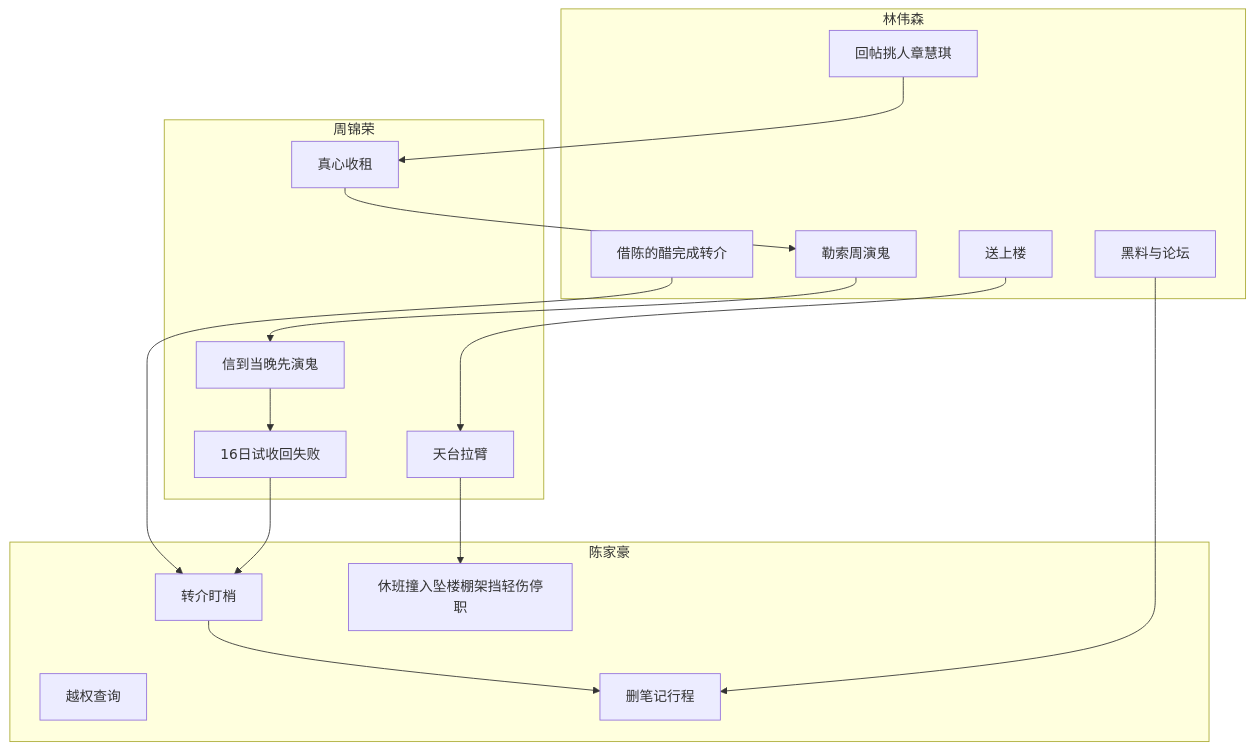
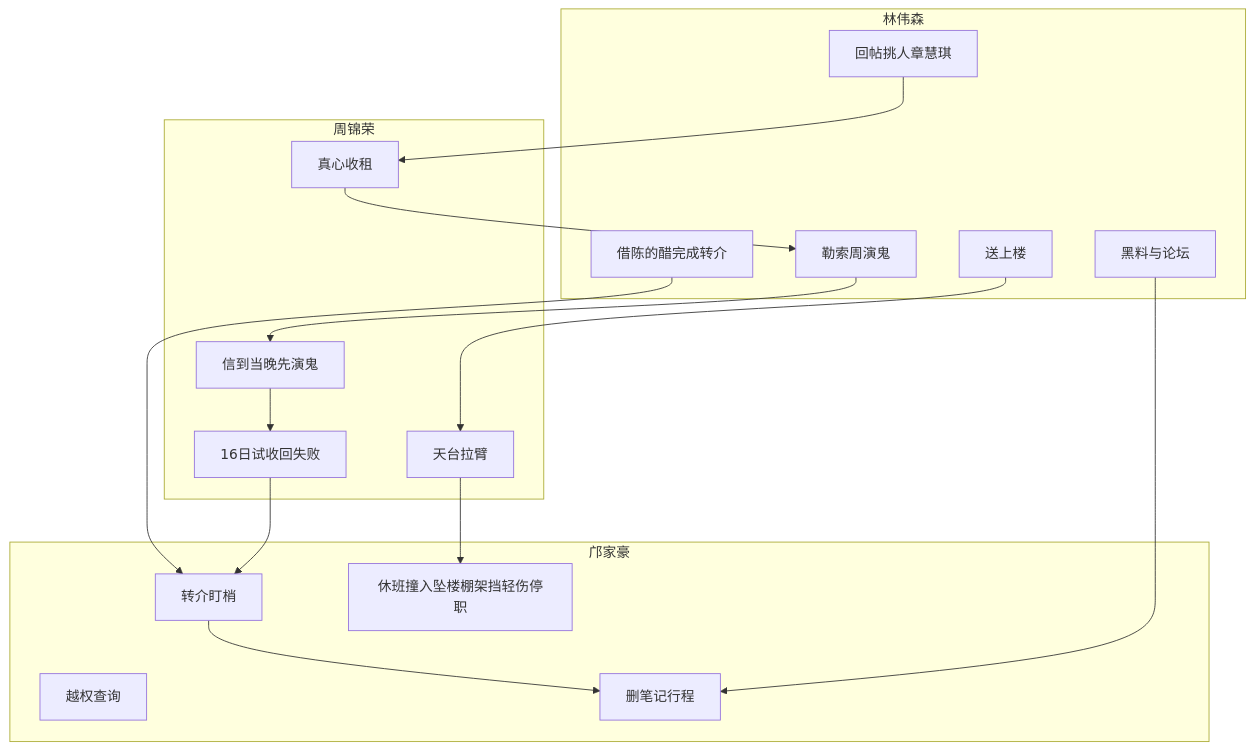
Before and after one commit to HSDCT1230/game_undo: the diagram in 策划/设定/07-时间线与因果.md, drawn with Mermaid. The commit also changed other lines of this file and 80 other files, not shown here.

First line of the commit message:
人物改名：陈家豪 → 邝家豪（与陈美娟同姓会被读成兄妹）

````diff
--- a/策划/设定/07-时间线与因果.md
+++ b/策划/设定/07-时间线与因果.md
@@ -169,31 +169,31 @@
 ```mermaid
 flowchart TB
   subgraph lin [林伟森]
     L1[回帖挑人章慧琪]
     L2[勒索周演鬼]
     L3[借陈的醋完成转介]
     L4[黑料与论坛]
     L5[送上楼]
   end
   subgraph zhou [周锦荣]
     Z1[真心收租]
     Z2[信到当晚先演鬼]
     Z3[16日试收回失败]
     Z4[天台拉臂]
   end
-  subgraph chen [陈家豪]
+  subgraph chen [邝家豪]
     C1[越权查询]
     C2[转介盯梢]
     C3[删笔记行程]
     C4[休班撞入坠楼棚架挡轻伤停职]
   end
   L1 --> Z1
   Z1 --> L2
   L2 --> Z2 --> Z3
   L3 --> C2
   Z3 --> C2
   C2 --> C3
   L4 --> C3
   L5 --> Z4
   Z4 --> C4
 ```
````
